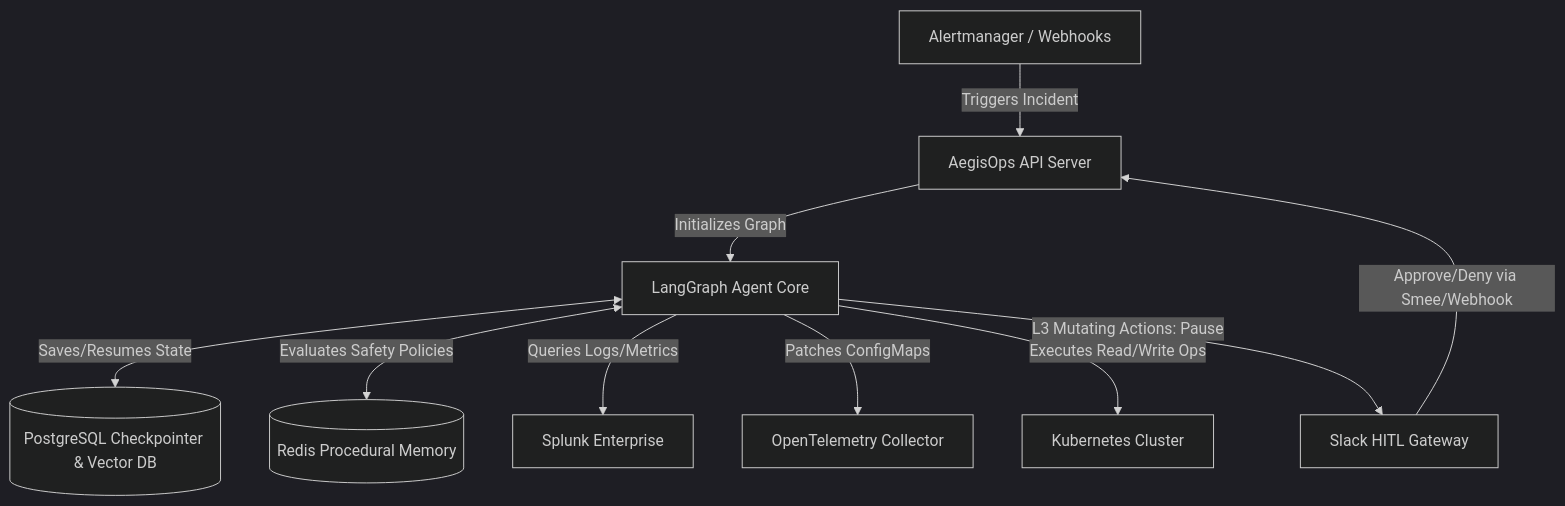
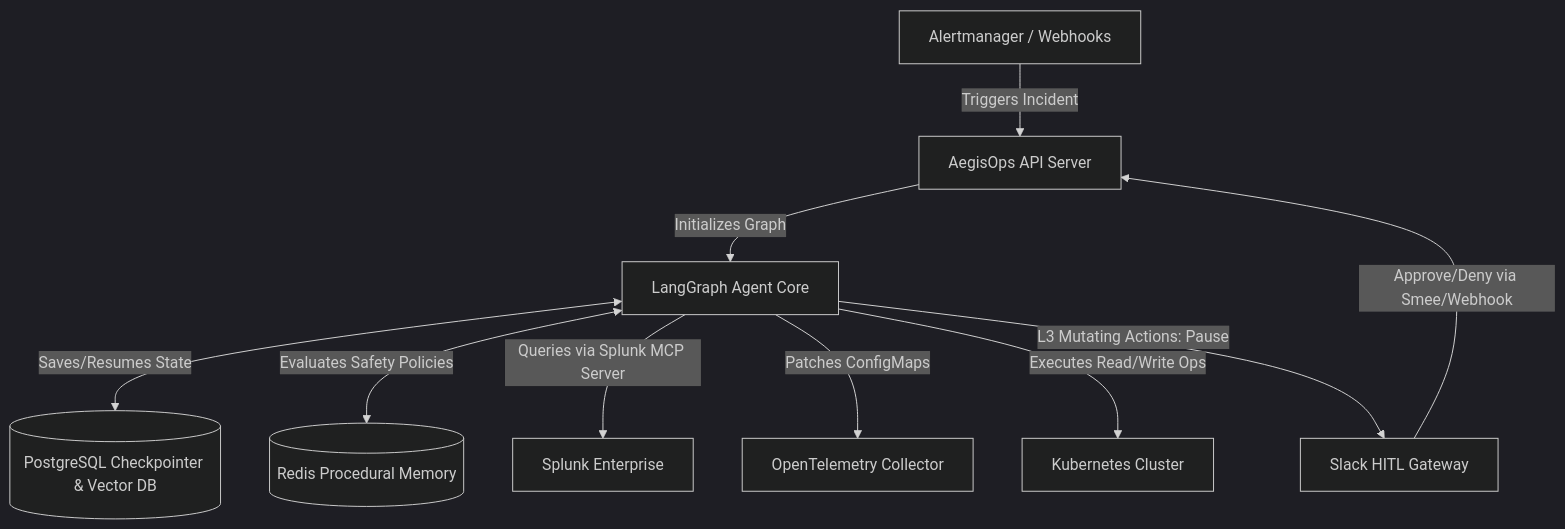
The diagram in README.md (venkatesh21bit/AegisOps), drawn with Mermaid (dark theme) before and after one commit. The commit also changed other lines of this file and 1 other file, not shown here.

Commit message:
Update README for Splunk MCP and external connection, add .env.example

````diff
--- a/README.md
+++ b/README.md
@@ -11,27 +11,27 @@
 ```mermaid
 graph TD
     %% Define Nodes
     Alerts[Alertmanager / Webhooks]
     AegisOps[AegisOps API Server]
     LangGraph[LangGraph Agent Core]
     Postgres[(PostgreSQL Checkpointer & Vector DB)]
     Redis[(Redis Procedural Memory)]
     K8s[Kubernetes Cluster]
     Splunk[Splunk Enterprise]
     OTel[OpenTelemetry Collector]
     Slack[Slack HITL Gateway]
 
     %% Connections
     Alerts -->|Triggers Incident| AegisOps
     AegisOps -->|Initializes Graph| LangGraph
     
     LangGraph <-->|Saves/Resumes State| Postgres
     LangGraph <-->|Evaluates Safety Policies| Redis
     
-    LangGraph -->|Queries Logs/Metrics| Splunk
+    LangGraph -->|Queries via Splunk MCP Server| Splunk
     LangGraph -->|Patches ConfigMaps| OTel
     LangGraph -->|Executes Read/Write Ops| K8s
     
     LangGraph -->|L3 Mutating Actions: Pause| Slack
     Slack -->|Approve/Deny via Smee/Webhook| AegisOps
 ```
````
